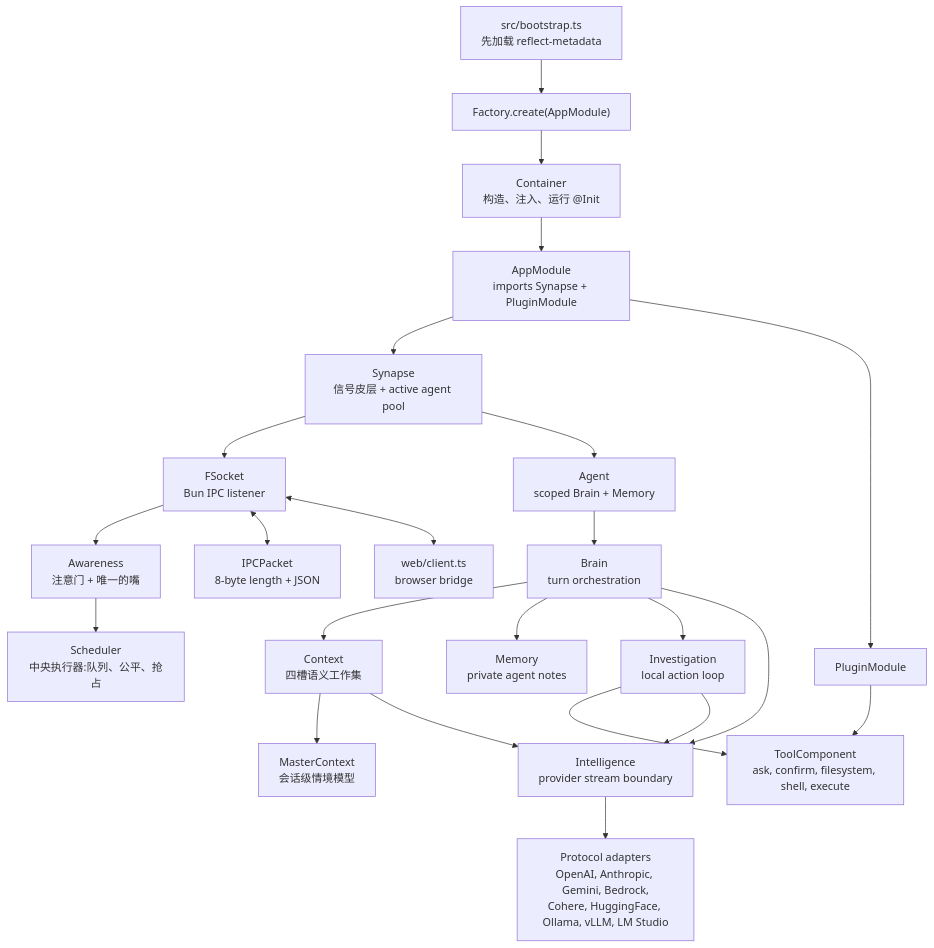
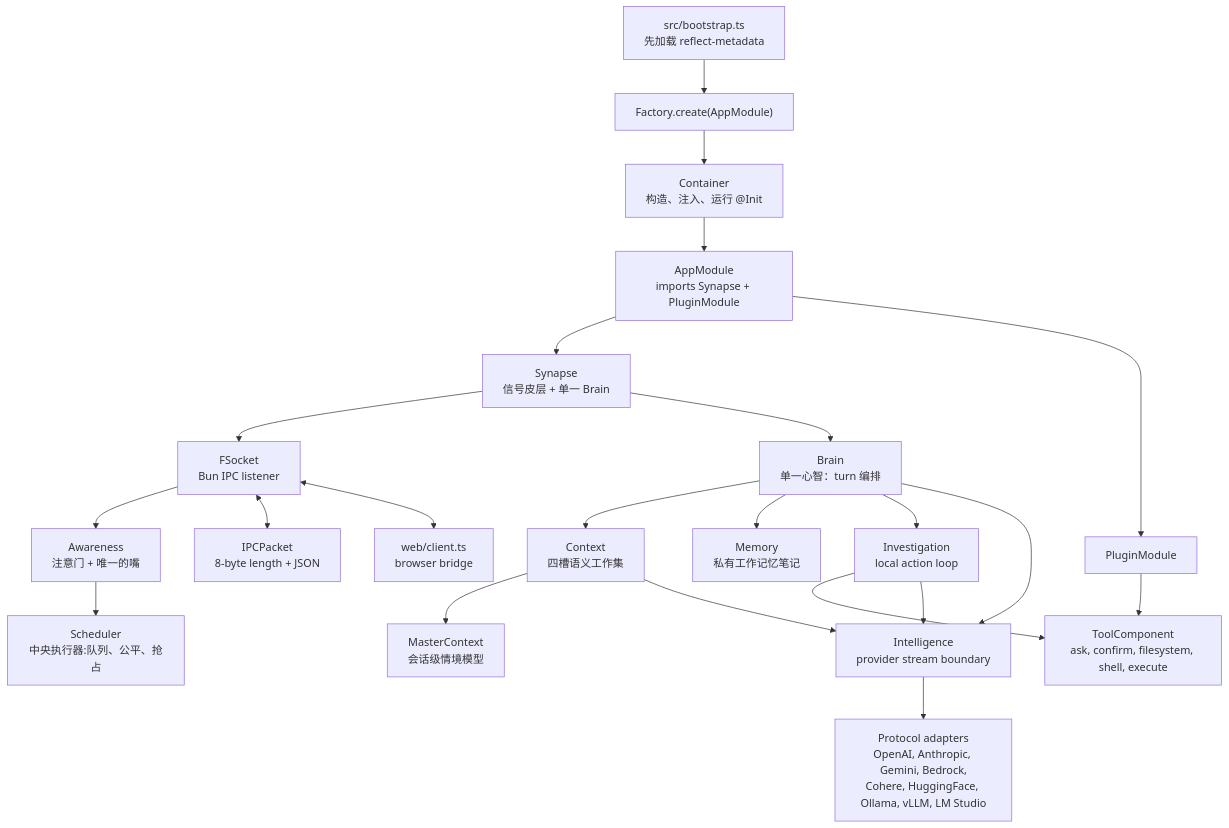
One commit to flyflor/flyflor changed the first of 3 diagrams in README.zh.cn.md. Above: the diagram before and after it, drawn with Mermaid. The commit also changed other lines of this file and 73 other files, not shown here.

````diff
--- a/README.zh.cn.md
+++ b/README.zh.cn.md
@@ -28,28 +28,27 @@
 ```mermaid
 flowchart TB
     Bootstrap["src/bootstrap.ts<br/>先加载 reflect-metadata"] --> Factory["Factory.create(AppModule)"]
     Factory --> Container["Container<br/>构造、注入、运行 @Init"]
     Container --> AppModule["AppModule<br/>imports Synapse + PluginModule"]
 
-    AppModule --> Synapse["Synapse<br/>信号皮层 + active agent pool"]
+    AppModule --> Synapse["Synapse<br/>信号皮层 + 单一 Brain"]
     AppModule --> PluginModule["PluginModule"]
     PluginModule --> Tools["ToolComponent<br/>ask, confirm, filesystem, shell, execute"]
 
     Synapse --> Socket["FSocket<br/>Bun IPC listener"]
     Socket --> Awareness["Awareness<br/>注意门 + 唯一的嘴"]
     Awareness --> Scheduler["Scheduler<br/>中央执行器:队列、公平、抢占"]
     Socket <--> Packet["IPCPacket<br/>8-byte length + JSON"]
     Socket <--> Client["web/client.ts<br/>browser bridge"]
 
-    Synapse --> Agent["Agent<br/>scoped Brain + Memory"]
-    Agent --> Brain["Brain<br/>turn orchestration"]
+    Synapse --> Brain["Brain<br/>单一心智：turn 编排"]
     Brain --> Context["Context<br/>四槽语义工作集"]
     Context --> MasterContext["MasterContext<br/>会话级情境模型"]
-    Brain --> Memory["Memory<br/>private agent notes"]
+    Brain --> Memory["Memory<br/>私有工作记忆笔记"]
     Brain --> Investigation["Investigation<br/>local action loop"]
     Brain --> Intelligence["Intelligence<br/>provider stream boundary"]
     Context --> Intelligence
     Investigation --> Tools
     Investigation --> Intelligence
     Intelligence --> Protocols["Protocol adapters<br/>OpenAI, Anthropic, Gemini, Bedrock,<br/>Cohere, HuggingFace, Ollama, vLLM, LM Studio"]
 ```
````
